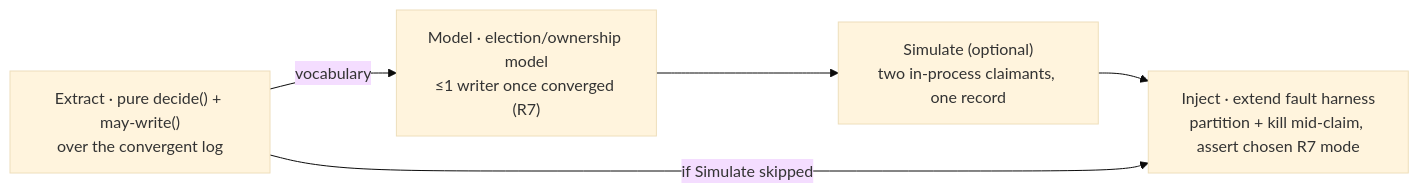
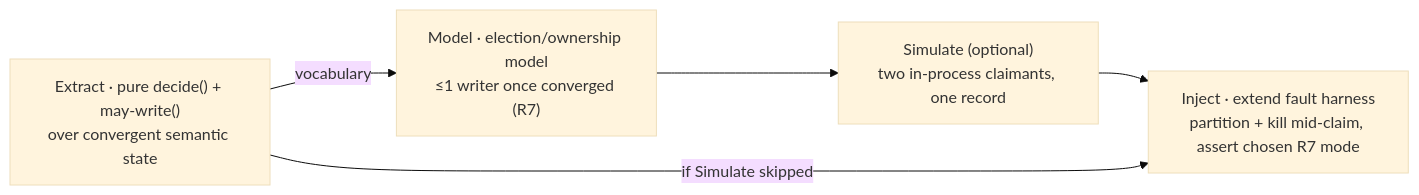
One commit to Tuee22/prodbox changed the seventh of 11 diagrams in documents/engineering/chaos_hardening_doctrine.md. Above: the diagram before and after it, drawn with Mermaid (base theme). The commit also changed other lines of this file and 140 other files, not shown here.

````diff
--- a/documents/engineering/chaos_hardening_doctrine.md
+++ b/documents/engineering/chaos_hardening_doctrine.md
@@ -1177,9 +1196,9 @@
 ```mermaid
 flowchart LR
-  A["Extract · pure decide() + may-write()<br/>over the convergent log"]
+  A["Extract · pure decide() + may-write()<br/>over convergent semantic state"]
   B["Model · election/ownership model<br/>≤1 writer once converged (R7)"]
   S["Simulate (optional)<br/>two in-process claimants, one record"]
   C["Inject · extend fault harness<br/>partition + kill mid-claim, assert chosen R7 mode"]
   A -->|vocabulary| B --> S --> C
   A -->|"if Simulate skipped"| C
 ```
````
